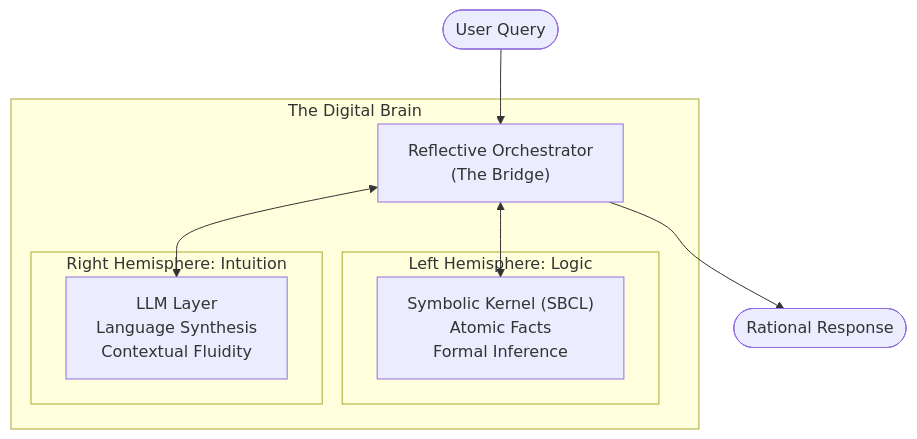
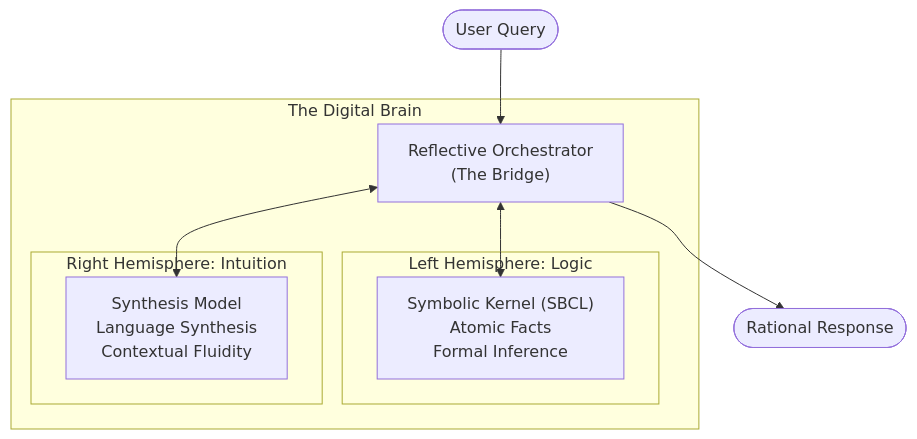
Before and after one commit to spock74/dialectical-symbolic-ai: the first of 7 diagrams in README.md, drawn with Mermaid. The commit also changed other lines of this file, not shown here.

Commit message:
docs: Normalize model nomenclature (Coder/Synthesis/Embedding) in README

````diff
--- a/README.md
+++ b/README.md
@@ -24,17 +24,17 @@
 ```mermaid
 graph TD
     subgraph "The Digital Brain"
         subgraph "Left Hemisphere: Logic"
             SK["Symbolic Kernel (SBCL)<br/>Atomic Facts<br/>Formal Inference"]
         end
         subgraph "Right Hemisphere: Intuition"
-            LLM["LLM Layer<br/>Language Synthesis<br/>Contextual Fluidity"]
+            LLM["Synthesis Model<br/>Language Synthesis<br/>Contextual Fluidity"]
         end
         ORCH["Reflective Orchestrator<br/>(The Bridge)"]
     end
     
     UserRequest([User Query]) --> ORCH
     ORCH <--> LLM
     ORCH <--> SK
     ORCH --> FinalResponse([Rational Response])
 ```
````
